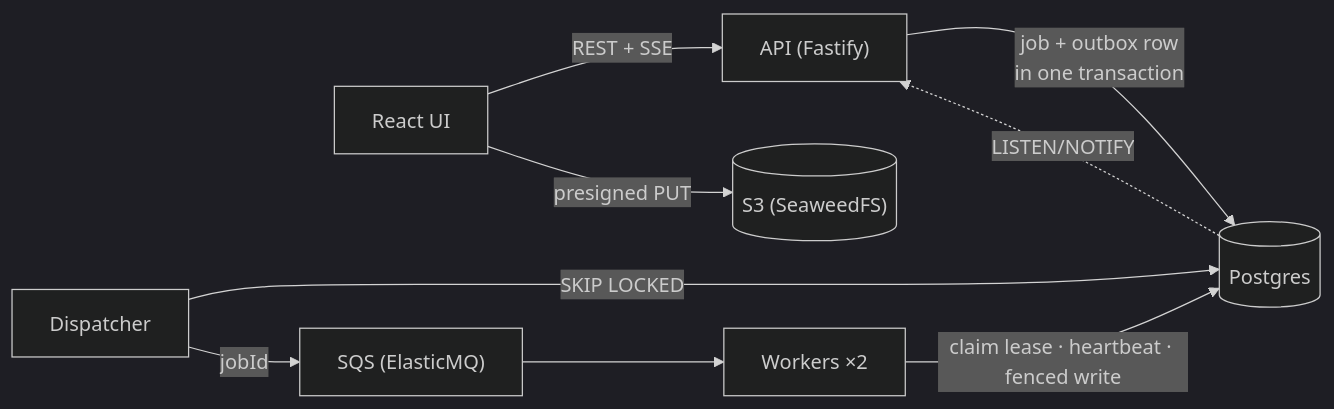
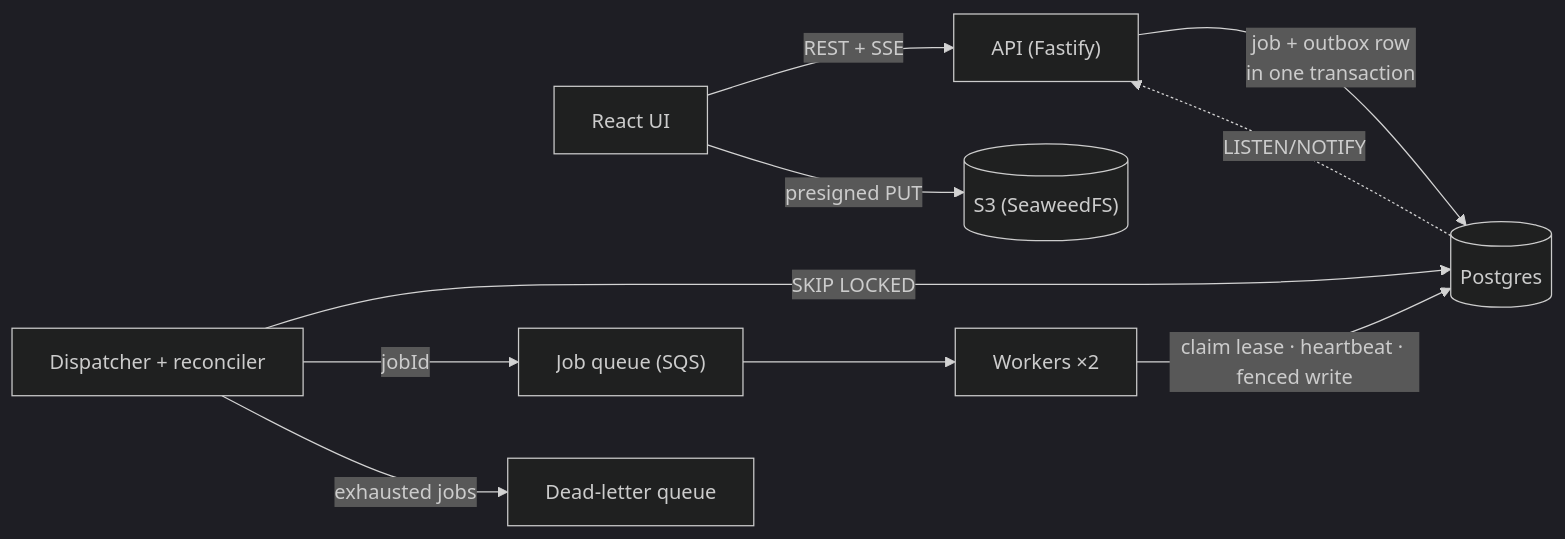
Before and after one commit to bryancarrillo1/my-new-repo: the diagram in README.md, drawn with Mermaid (dark theme). The commit also changed other lines of this file and 43 other files, not shown here.

````diff
--- a/README.md
+++ b/README.md
@@ -32,11 +42,12 @@
 ```mermaid
 flowchart LR
   C["React UI"] -->|"REST + SSE"| API["API (Fastify)"]
   C -->|"presigned PUT"| S3[("S3 (SeaweedFS)")]
   API -->|"job + outbox row<br/>in one transaction"| PG[("Postgres")]
   PG -. "LISTEN/NOTIFY" .-> API
-  D["Dispatcher"] -->|"SKIP LOCKED"| PG
-  D -->|"jobId"| Q["SQS (ElasticMQ)"]
+  D["Dispatcher + reconciler"] -->|"SKIP LOCKED"| PG
+  D -->|"jobId"| Q["Job queue (SQS)"]
+  D -->|"exhausted jobs"| DLQ["Dead-letter queue"]
   Q --> W["Workers ×2"]
   W -->|"claim lease · heartbeat · fenced write"| PG
 ```
````
